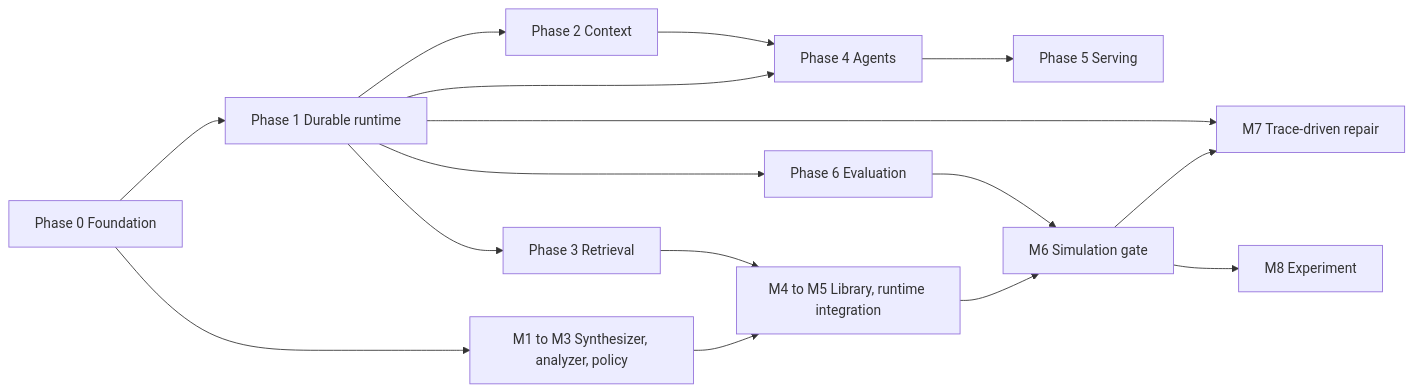
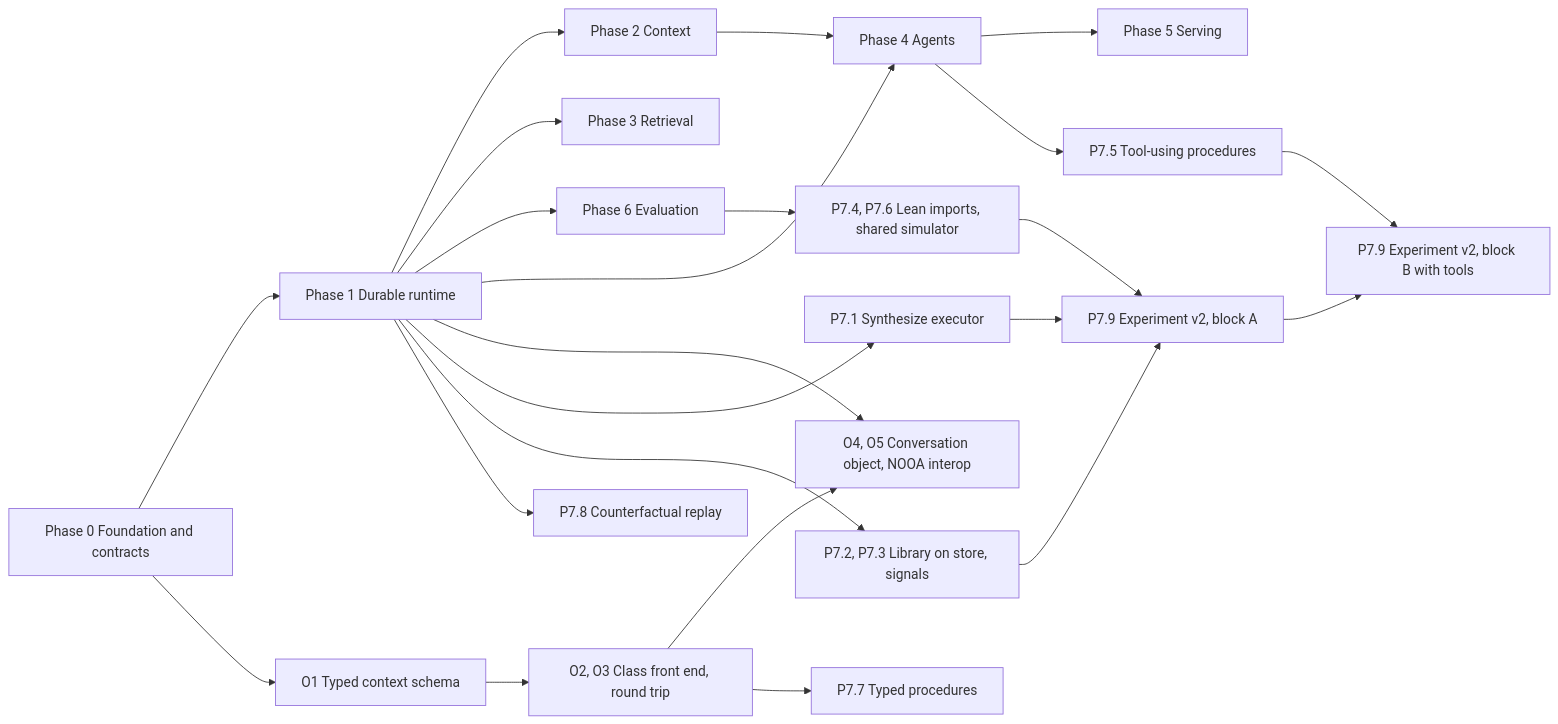
Before and after one commit to NikolasMarkou/fsm_llm: the diagram in docs/2026_roadmap.md, drawn with Mermaid. The commit also changed other lines of this file, not shown here.

Commit message:
[docs/ROADMAP]

````diff
--- a/docs/2026_roadmap.md
+++ b/docs/2026_roadmap.md
@@ -563,18 +778,25 @@
 ```mermaid
 flowchart LR
-  P0[Phase 0 Foundation] --> P1[Phase 1 Durable runtime]
+  P0[Phase 0 Foundation and contracts] --> P1[Phase 1 Durable runtime]
   P1 --> P2[Phase 2 Context]
   P1 --> P3[Phase 3 Retrieval]
   P1 --> P6[Phase 6 Evaluation]
   P1 --> P4[Phase 4 Agents]
   P2 --> P4
   P4 --> P5[Phase 5 Serving]
-  P0 --> M13[M1 to M3 Synthesizer, analyzer, policy]
-  M13 --> M45[M4 to M5 Library, runtime integration]
-  P3 --> M45
-  M45 --> M6[M6 Simulation gate]
-  P6 --> M6
-  M6 --> M7[M7 Trace-driven repair]
-  P1 --> M7
-  M6 --> M8[M8 Experiment]
+  P0 --> O1[O1 Typed context schema]
+  O1 --> O23[O2, O3 Class front end, round trip]
+  O23 --> O45[O4, O5 Conversation object, NOOA interop]
+  P1 --> O45
+  P1 --> S1[P7.1 Synthesize executor]
+  P1 --> S23[P7.2, P7.3 Library on store, signals]
+  P6 --> S46[P7.4, P7.6 Lean imports, shared simulator]
+  P4 --> S5[P7.5 Tool-using procedures]
+  O23 --> S7[P7.7 Typed procedures]
+  P1 --> S8[P7.8 Counterfactual replay]
+  S1 --> XA[P7.9 Experiment v2, block A]
+  S23 --> XA
+  S46 --> XA
+  XA --> XB[P7.9 Experiment v2, block B with tools]
+  S5 --> XB
 ```
````
